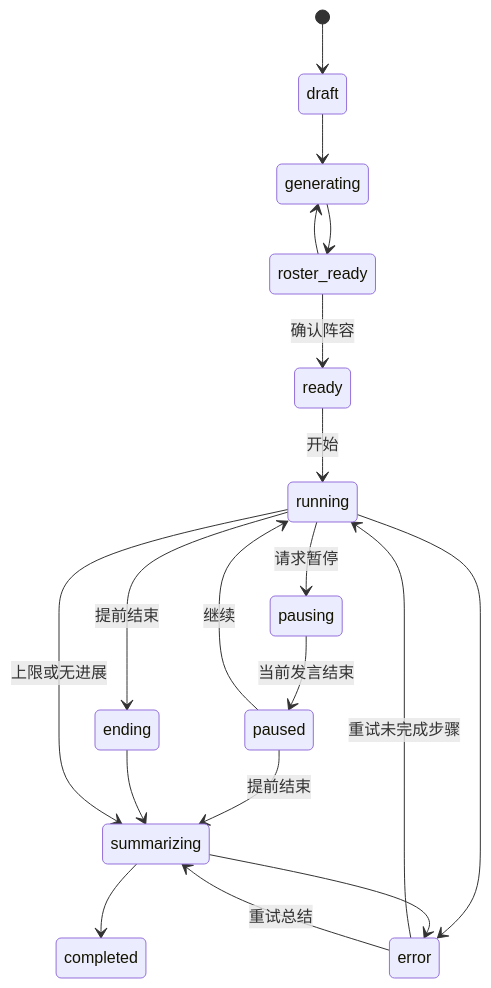
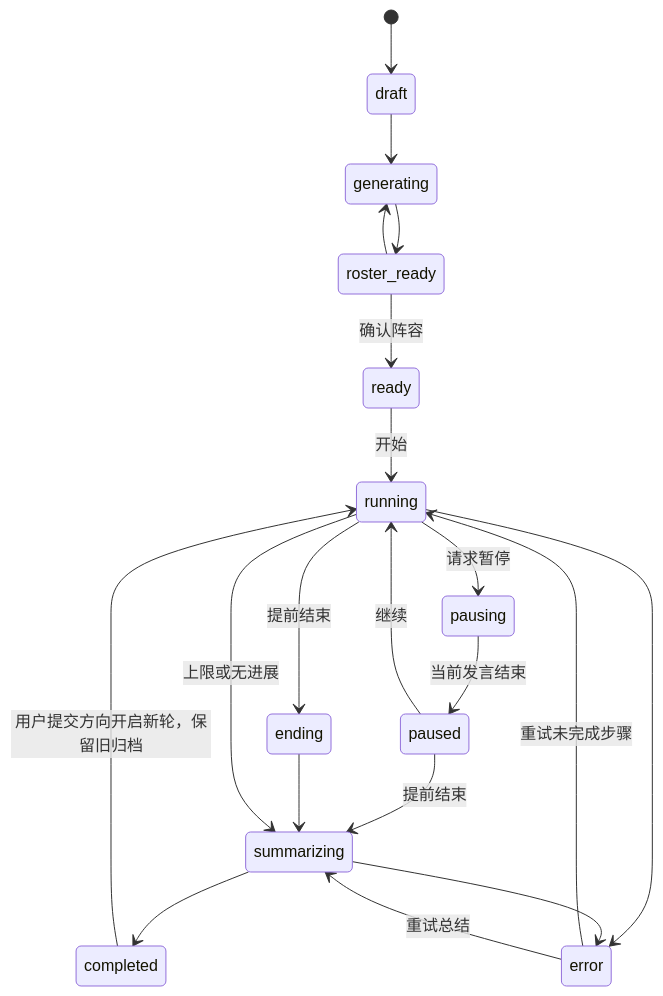
One commit to shuke-dsj/ai-panel-studio changed the first of 2 diagrams in docs/SPEC.md. Above: the diagram before and after it, drawn with Mermaid. The commit also changed other lines of this file and 59 other files, not shown here.

````diff
--- a/docs/SPEC.md
+++ b/docs/SPEC.md
@@ -15,21 +19,22 @@
 ```mermaid
 stateDiagram-v2
  [*] --> draft
  draft --> generating
  generating --> roster_ready
  roster_ready --> generating
  roster_ready --> ready: 确认阵容
  ready --> running: 开始
  running --> pausing: 请求暂停
  pausing --> paused: 当前发言结束
  paused --> running: 继续
  running --> ending: 提前结束
  paused --> summarizing: 提前结束
  ending --> summarizing
  running --> summarizing: 上限或无进展
  summarizing --> completed
+ completed --> running: 用户提交方向开启新轮，保留旧归档
  running --> error
  summarizing --> error
  error --> running: 重试未完成步骤
  error --> summarizing: 重试总结
 ```
````
